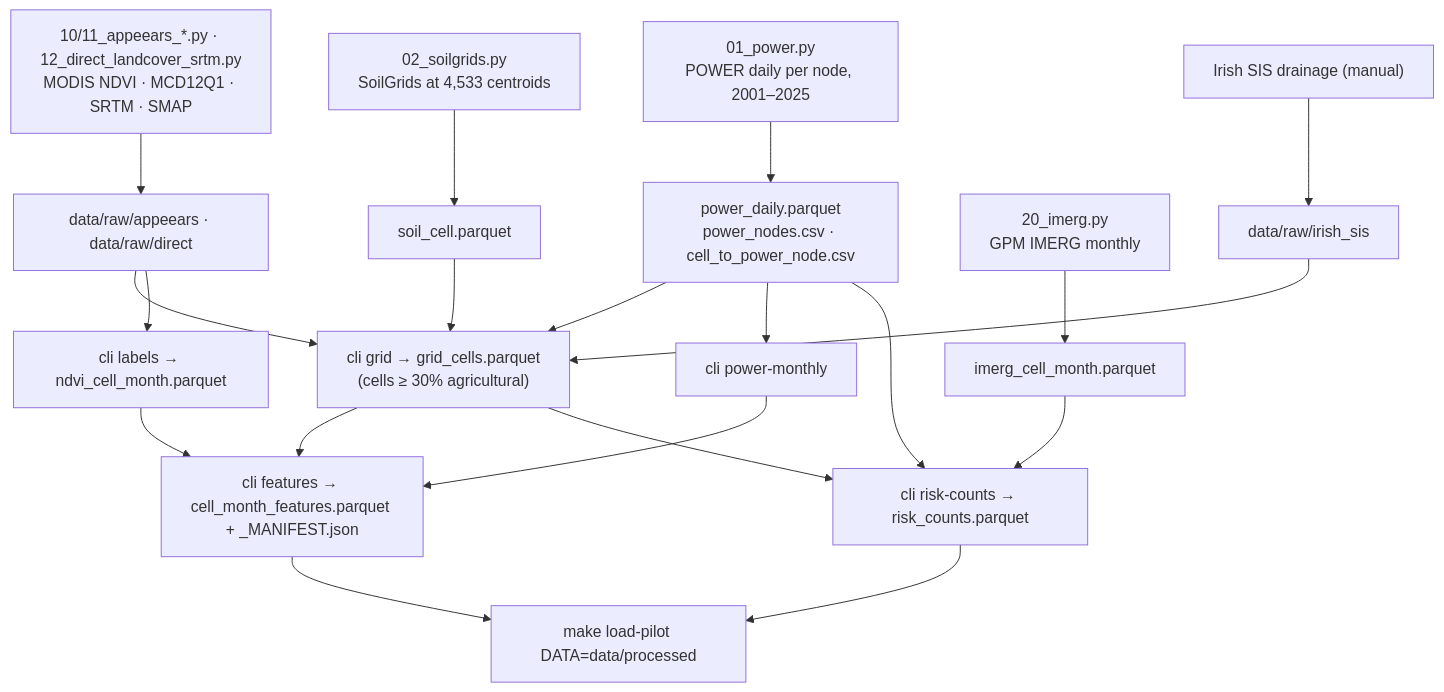
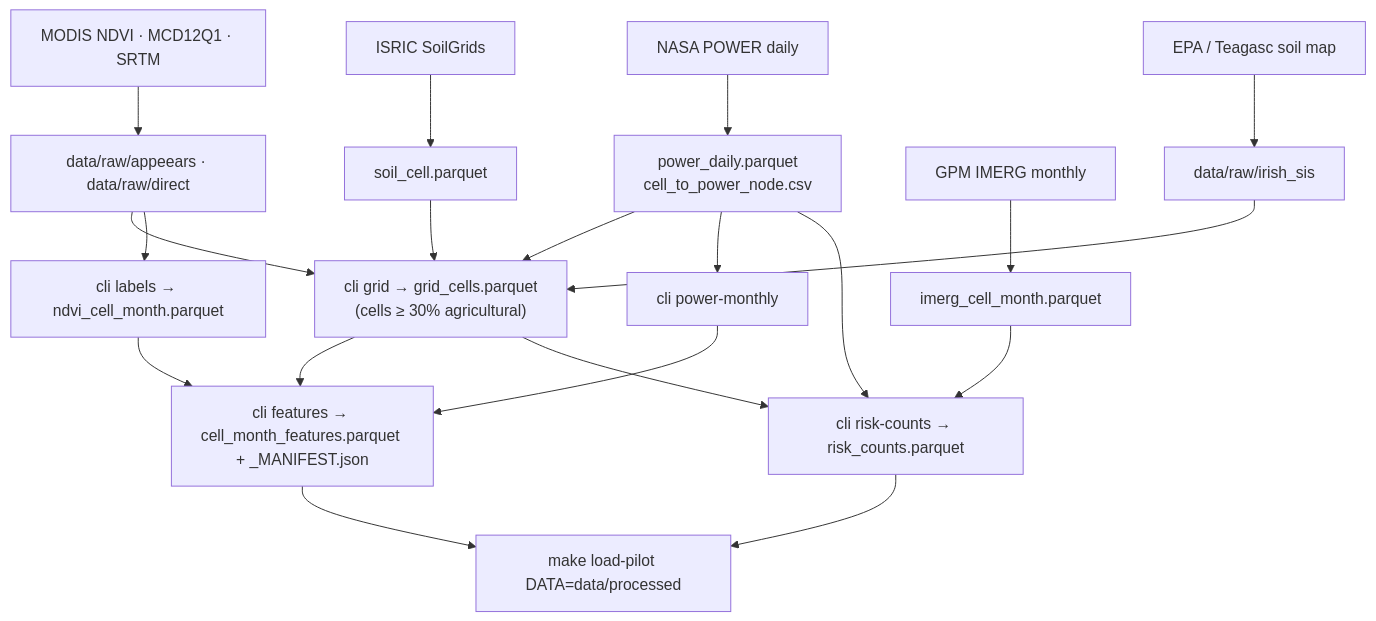
Before and after one commit to h0pers/nasa-hackathon-2026: the third of 3 diagrams in README.md, drawn with Mermaid. The commit also changed other lines of this file and 26 other files, not shown here.

````diff
--- a/README.md
+++ b/README.md
@@ -570,14 +585,14 @@
 ```mermaid
 flowchart TB
-    A["01_power.py<br/>POWER daily per node, 2001–2025"] --> P1["power_daily.parquet<br/>power_nodes.csv · cell_to_power_node.csv"]
-    B["02_soilgrids.py<br/>SoilGrids at 4,533 centroids"] --> P2["soil_cell.parquet"]
-    C["10/11_appeears_*.py · 12_direct_landcover_srtm.py<br/>MODIS NDVI · MCD12Q1 · SRTM · SMAP"] --> R1["data/raw/appeears · data/raw/direct"]
-    D["20_imerg.py<br/>GPM IMERG monthly"] --> P3["imerg_cell_month.parquet"]
-    E["Irish SIS drainage (manual)"] --> R2["data/raw/irish_sis"]
+    A["NASA POWER daily"] --> P1["power_daily.parquet<br/>cell_to_power_node.csv"]
+    B["ISRIC SoilGrids"] --> P2["soil_cell.parquet"]
+    C["MODIS NDVI · MCD12Q1 · SRTM"] --> R1["data/raw/appeears · data/raw/direct"]
+    D["GPM IMERG monthly"] --> P3["imerg_cell_month.parquet"]
+    E["EPA / Teagasc soil map"] --> R2["data/raw/irish_sis"]
     P1 & P2 & R1 & R2 --> G["cli grid → grid_cells.parquet<br/>(cells ≥ 30% agricultural)"]
     R1 --> L["cli labels → ndvi_cell_month.parquet"]
     P1 --> PM["cli power-monthly"]
     G & L & PM --> F["cli features → cell_month_features.parquet + _MANIFEST.json"]
     G & P1 & P3 --> RC["cli risk-counts → risk_counts.parquet"]
     F & RC --> LP["make load-pilot DATA=data/processed"]
 ```
````
